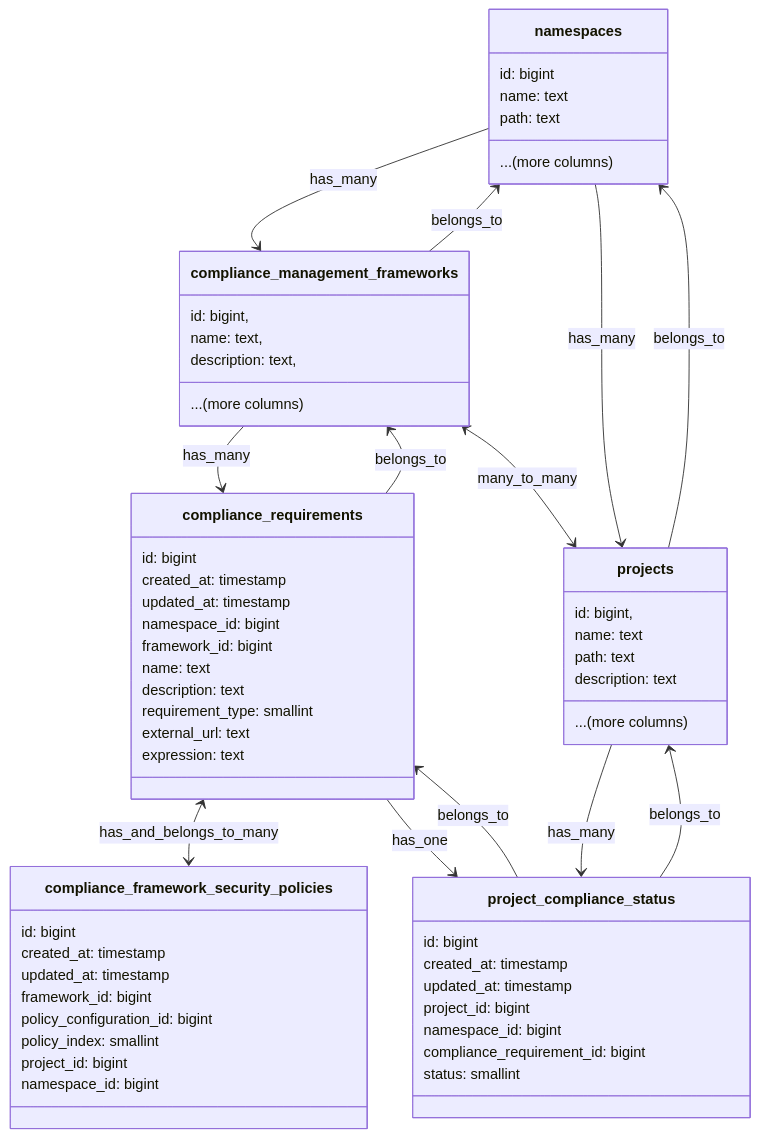
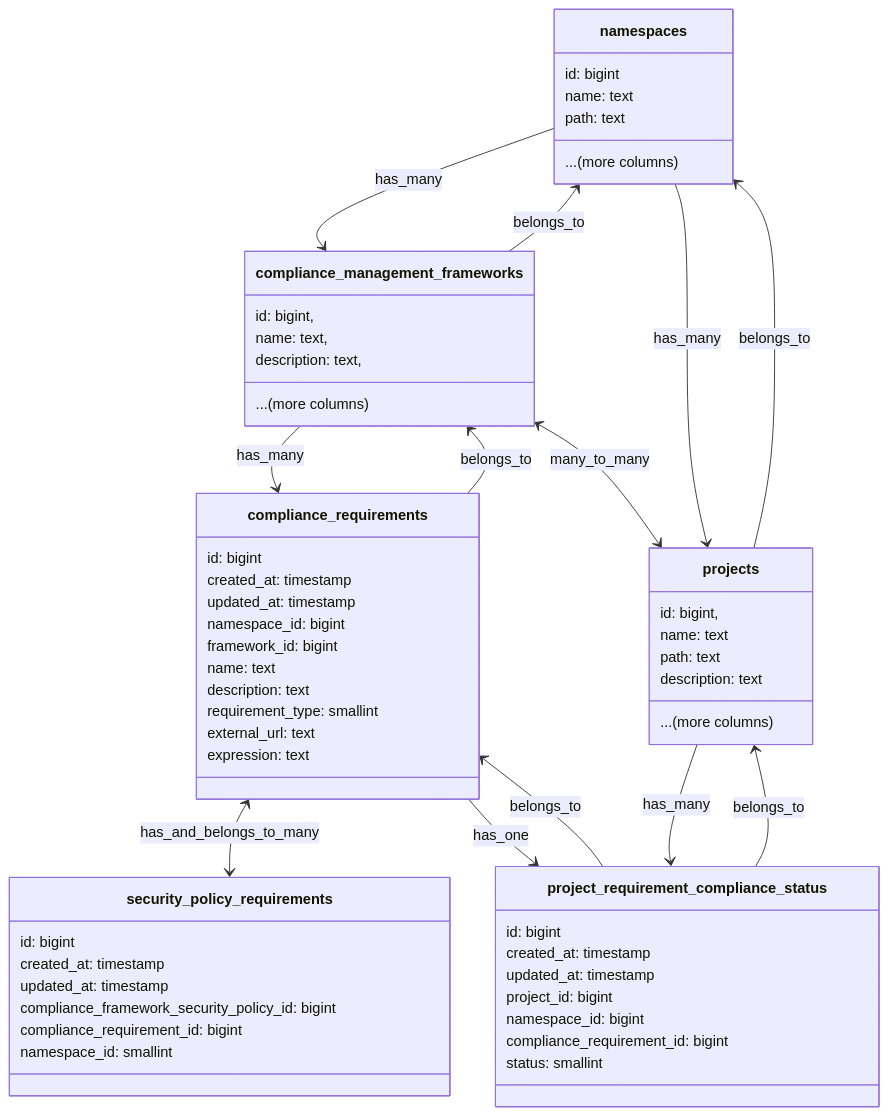
Before and after one commit to zalyoung/gitlab-handbook: the first of 4 diagrams in content/handbook/engineering/architecture/design-documents/compliance-adherence-reporting/_index.md, drawn with Mermaid. The commit also changed other lines of this file and 1 other file, not shown here.

Commit message:
Add workflow diagram

````diff
--- a/content/handbook/engineering/architecture/design-documents/compliance-adherence-reporting/_index.md
+++ b/content/handbook/engineering/architecture/design-documents/compliance-adherence-reporting/_index.md
@@ -156,69 +159,67 @@
 ```mermaid
     classDiagram
     class namespaces {
         id: bigint
         name: text
         path: text
         ...(more columns)
     }
     class projects {
         id: bigint,
         name: text
         path: text
         description: text
         ...(more columns)
     }
     class compliance_management_frameworks {
         id: bigint,
         name: text,
         description: text,
         ...(more columns)
     }
 
     class compliance_requirements {
         id: bigint
         created_at: timestamp
         updated_at: timestamp
         namespace_id: bigint
         framework_id: bigint
         name: text
         description: text
         requirement_type: smallint
         external_url: text
         expression: text
     }
 
-    class project_compliance_status {
+    class project_requirement_compliance_status {
         id: bigint
         created_at: timestamp
         updated_at: timestamp
         project_id: bigint
         namespace_id: bigint
         compliance_requirement_id: bigint
         status: smallint
     }
 
-    class compliance_framework_security_policies {
+    class security_policy_requirements {
         id: bigint
         created_at: timestamp
         updated_at: timestamp
-        framework_id: bigint
-        policy_configuration_id: bigint
-        policy_index: smallint
-        project_id: bigint
-        namespace_id: bigint
+        compliance_framework_security_policy_id: bigint
+        compliance_requirement_id: bigint
+        namespace_id: smallint
     }
 
     compliance_management_frameworks --> compliance_requirements : has_many
     compliance_management_frameworks <-- compliance_requirements : belongs_to
     compliance_management_frameworks <--> projects : many_to_many
-    compliance_requirements <--> compliance_framework_security_policies : has_and_belongs_to_many
+    compliance_requirements <--> security_policy_requirements : has_and_belongs_to_many
     projects <-- namespaces : has_many
     projects --> namespaces : belongs_to
     namespaces --> compliance_management_frameworks : has_many
     namespaces <-- compliance_management_frameworks : belongs_to
-    projects --> project_compliance_status : has_many
-    projects <-- project_compliance_status : belongs_to
-    compliance_requirements --> project_compliance_status : has_one
-    compliance_requirements <-- project_compliance_status : belongs_to
+    projects --> project_requirement_compliance_status : has_many
+    projects <-- project_requirement_compliance_status : belongs_to
+    compliance_requirements --> project_requirement_compliance_status : has_one
+    compliance_requirements <-- project_requirement_compliance_status : belongs_to
 ```
````
